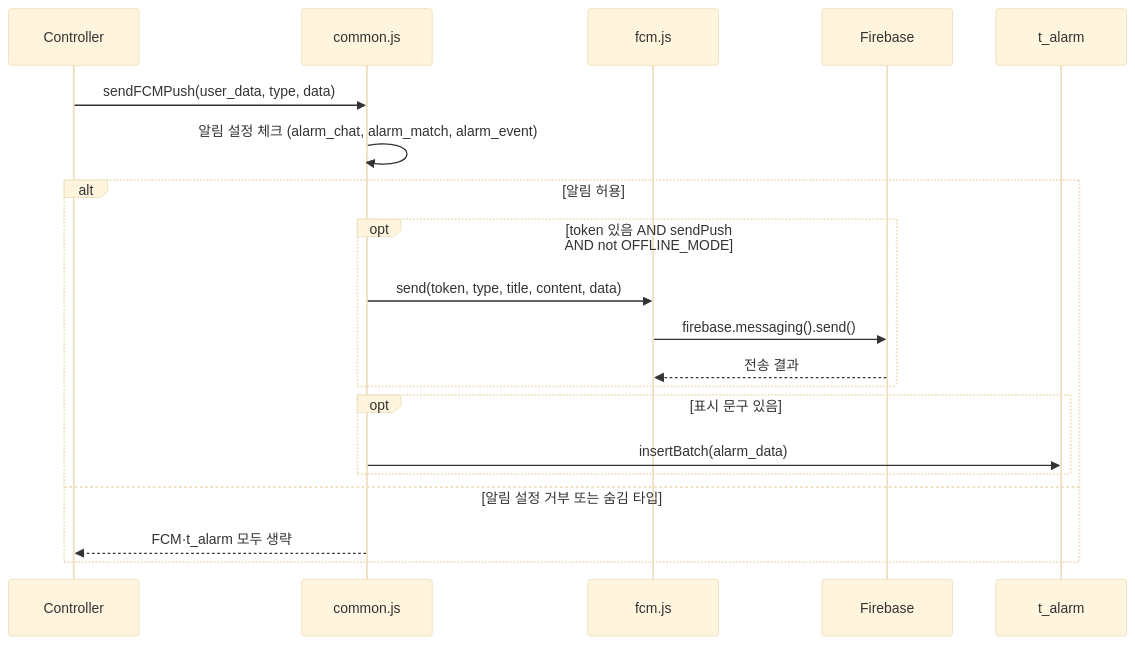
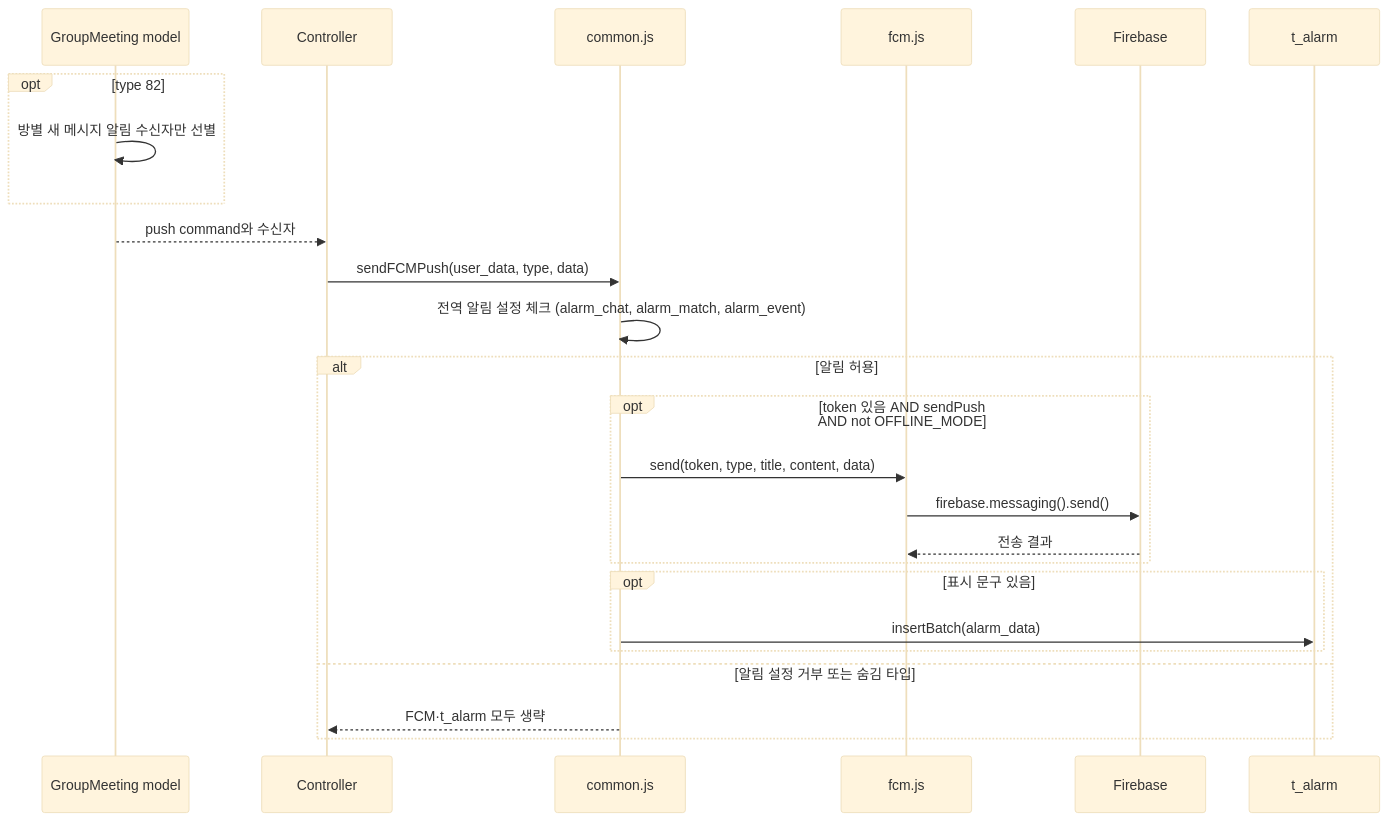
Before and after one commit to coupler-developer/docs: the second of 2 diagrams in content/architecture/push-notification.md, drawn with Mermaid (base theme). The commit also changed other lines of this file and 5 other files, not shown here.

````diff
--- a/content/architecture/push-notification.md
+++ b/content/architecture/push-notification.md
@@ -202,23 +203,28 @@
 ```mermaid
 sequenceDiagram
+    participant M as GroupMeeting model
     participant C as Controller
     participant Common as common.js
     participant FCM as fcm.js
     participant Firebase as Firebase
     participant DB as t_alarm
 
+    opt type 82
+        M->>M: 방별 새 메시지 알림 수신자만 선별
+    end
+    M-->>C: push command와 수신자
     C->>Common: sendFCMPush(user_data, type, data)
-    Common->>Common: 알림 설정 체크 (alarm_chat, alarm_match, alarm_event)
+    Common->>Common: 전역 알림 설정 체크 (alarm_chat, alarm_match, alarm_event)
     alt 알림 허용
         opt token 있음 AND sendPush AND not OFFLINE_MODE
             Common->>FCM: send(token, type, title, content, data)
             FCM->>Firebase: firebase.messaging().send()
             Firebase-->>FCM: 전송 결과
         end
         opt 표시 문구 있음
             Common->>DB: insertBatch(alarm_data)
         end
     else 알림 설정 거부 또는 숨김 타입
         Common-->>C: FCM·t_alarm 모두 생략
     end
 ```
````
